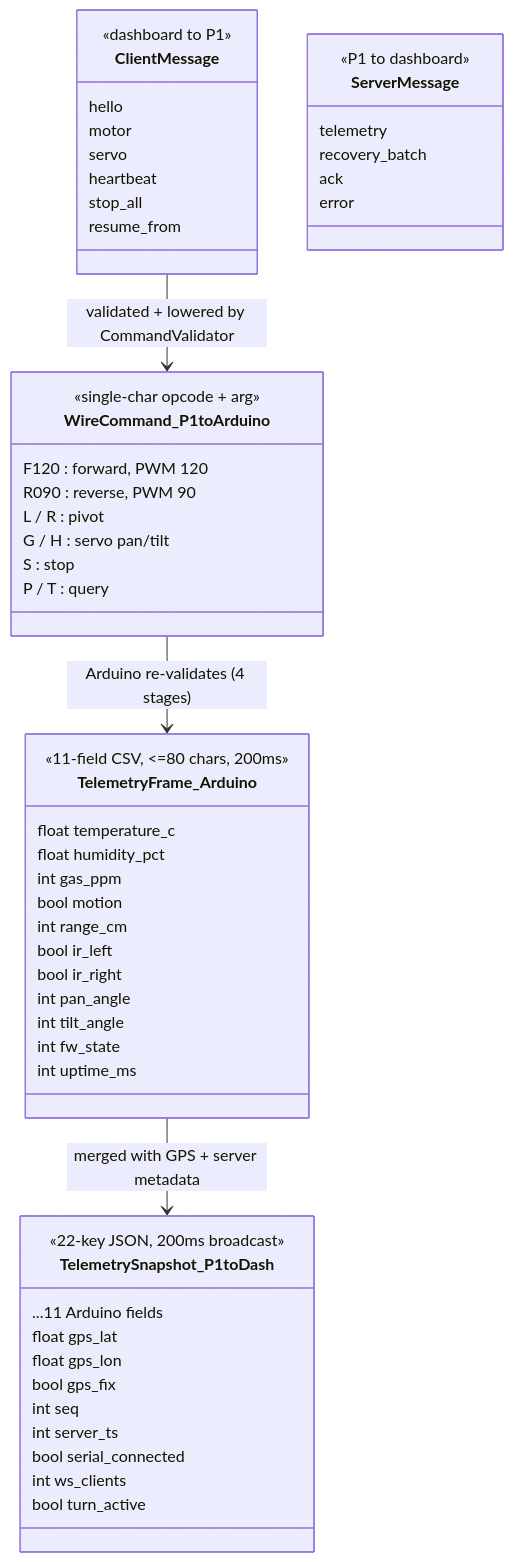
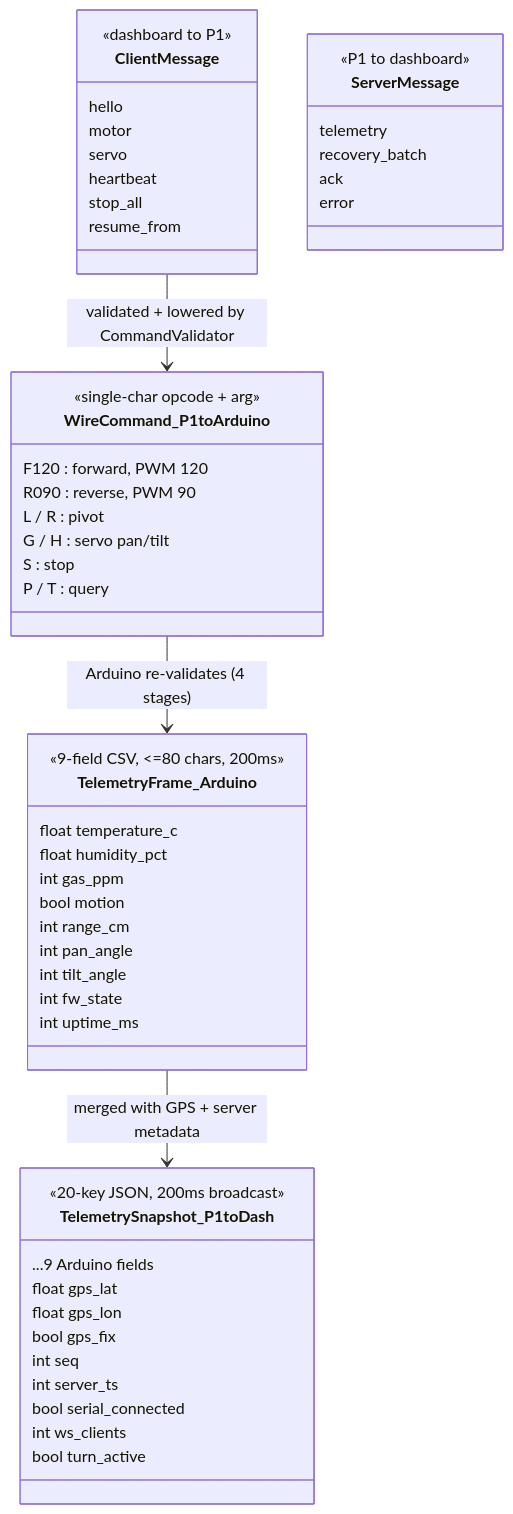
The tenth of 13 diagrams in docs/ARCHITECTURE.md (baiust999/robort-code-from-pi), drawn with Mermaid before and after one commit. The commit also changed other lines of this file and 27 other files, not shown here.

````diff
--- a/docs/ARCHITECTURE.md
+++ b/docs/ARCHITECTURE.md
@@ -373,62 +372,60 @@
 ```mermaid
 classDiagram
     class TelemetryFrame_Arduino {
-        <<11-field CSV, <=80 chars, 200ms>>
+        <<9-field CSV, <=80 chars, 200ms>>
         float temperature_c
         float humidity_pct
         int gas_ppm
         bool motion
         int range_cm
-        bool ir_left
-        bool ir_right
         int pan_angle
         int tilt_angle
         int fw_state
         int uptime_ms
     }
 
     class TelemetrySnapshot_P1toDash {
-        <<22-key JSON, 200ms broadcast>>
-        ...11 Arduino fields
+        <<20-key JSON, 200ms broadcast>>
+        ...9 Arduino fields
         float gps_lat
         float gps_lon
         bool gps_fix
         int seq
         int server_ts
         bool serial_connected
         int ws_clients
         bool turn_active
     }
 
     class ClientMessage {
         <<dashboard to P1>>
         hello
         motor
         servo
         heartbeat
         stop_all
         resume_from
     }
 
     class ServerMessage {
         <<P1 to dashboard>>
         telemetry
         recovery_batch
         ack
         error
     }
 
     class WireCommand_P1toArduino {
         <<single-char opcode + arg>>
         F120 : forward, PWM 120
         R090 : reverse, PWM 90
         L / R : pivot
         G / H : servo pan/tilt
         S : stop
         P / T : query
     }
 
     TelemetryFrame_Arduino --> TelemetrySnapshot_P1toDash : merged with GPS + server metadata
     ClientMessage --> WireCommand_P1toArduino : validated + lowered by CommandValidator
     WireCommand_P1toArduino --> TelemetryFrame_Arduino : Arduino re-validates (4 stages)
 ```
````
